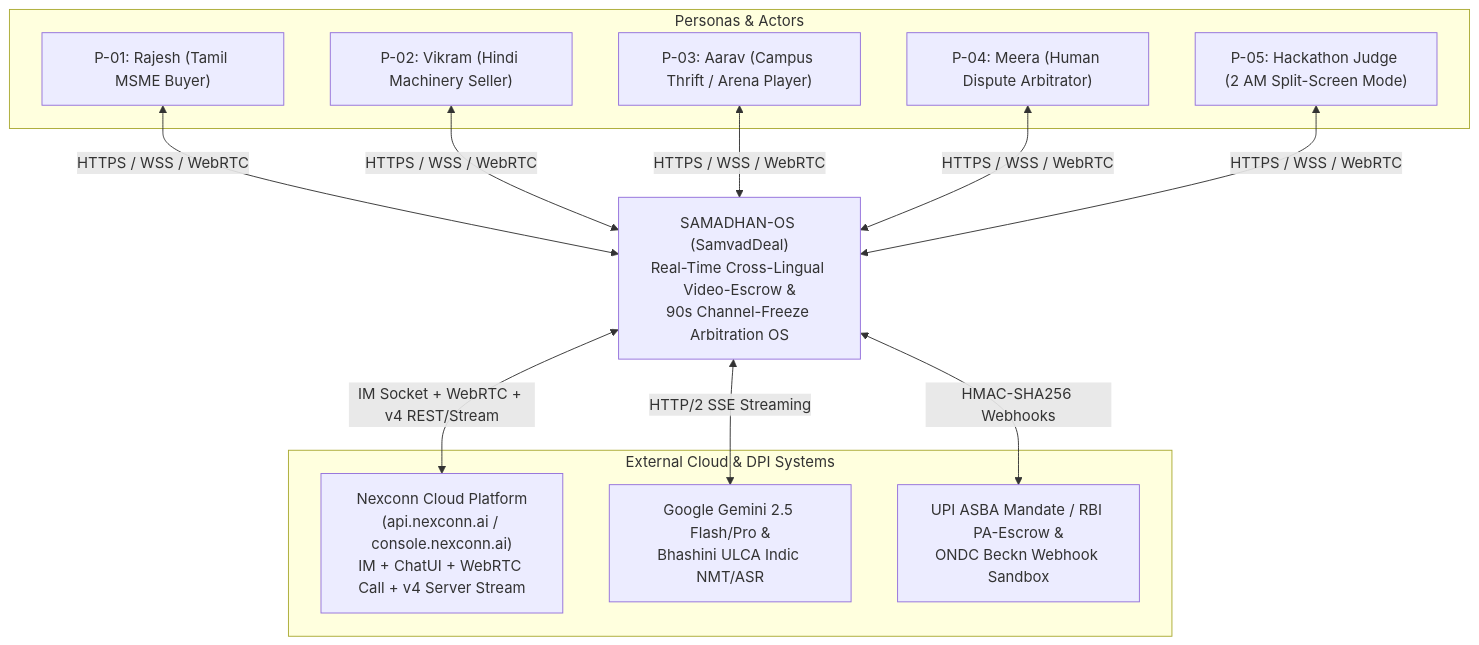
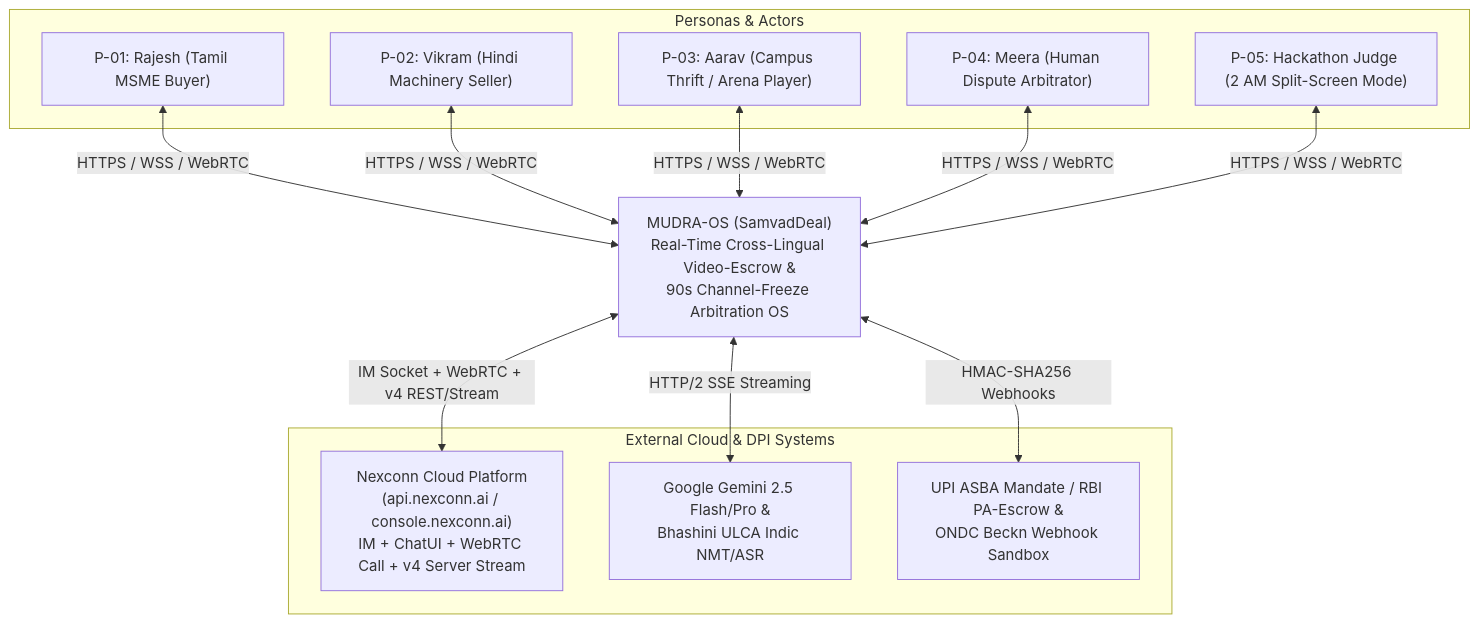
Before and after one commit to mridulbansal4/Mudra: the first of 5 diagrams in docs/03-engineering/ARCHITECTURE.md, drawn with Mermaid. The commit also changed other lines of this file and 288 other files, not shown here.

Commit message:
fix(web): update deal room copy and sample inspection metadata

````diff
--- a/docs/03-engineering/ARCHITECTURE.md
+++ b/docs/03-engineering/ARCHITECTURE.md
@@ -20,23 +20,23 @@
 ```mermaid
 flowchart TB
     subgraph Users["Personas & Actors"]
         P1["P-01: Rajesh (Tamil MSME Buyer)"]
         P2["P-02: Vikram (Hindi Machinery Seller)"]
         P3["P-03: Aarav (Campus Thrift / Arena Player)"]
         P4["P-04: Meera (Human Dispute Arbitrator)"]
         P5["P-05: Hackathon Judge (2 AM Split-Screen Mode)"]
     end
 
-    SAMADHAN["SAMADHAN-OS (SamvadDeal)\nReal-Time Cross-Lingual Video-Escrow &\n90s Channel-Freeze Arbitration OS"]
+    MUDRA["MUDRA-OS (SamvadDeal)\nReal-Time Cross-Lingual Video-Escrow &\n90s Channel-Freeze Arbitration OS"]
 
     subgraph External["External Cloud & DPI Systems"]
         NC["Nexconn Cloud Platform\n(api.nexconn.ai / console.nexconn.ai)\nIM + ChatUI + WebRTC Call + v4 Server Stream"]
         LLM["Google Gemini 2.5 Flash/Pro &\nBhashini ULCA Indic NMT/ASR"]
         RAILS["UPI ASBA Mandate / RBI PA-Escrow &\nONDC Beckn Webhook Sandbox"]
     end
 
-    P1 & P2 & P3 & P4 & P5 <-->|"HTTPS / WSS / WebRTC"| SAMADHAN
-    SAMADHAN <-->|"IM Socket + WebRTC + v4 REST/Stream"| NC
-    SAMADHAN <-->|"HTTP/2 SSE Streaming"| LLM
-    SAMADHAN <-->|"HMAC-SHA256 Webhooks"| RAILS
+    P1 & P2 & P3 & P4 & P5 <-->|"HTTPS / WSS / WebRTC"| MUDRA
+    MUDRA <-->|"IM Socket + WebRTC + v4 REST/Stream"| NC
+    MUDRA <-->|"HTTP/2 SSE Streaming"| LLM
+    MUDRA <-->|"HMAC-SHA256 Webhooks"| RAILS
 ```
````
